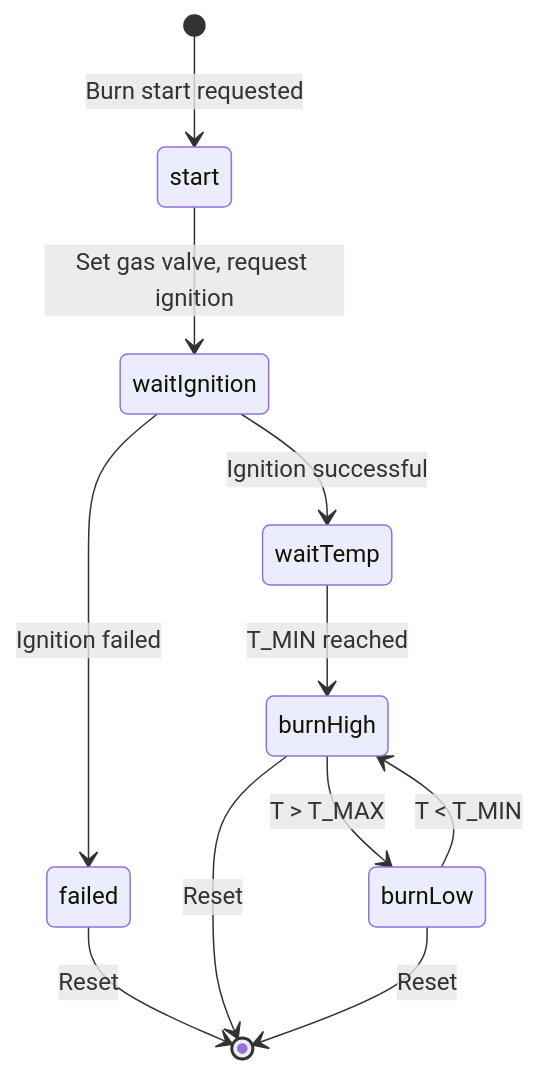
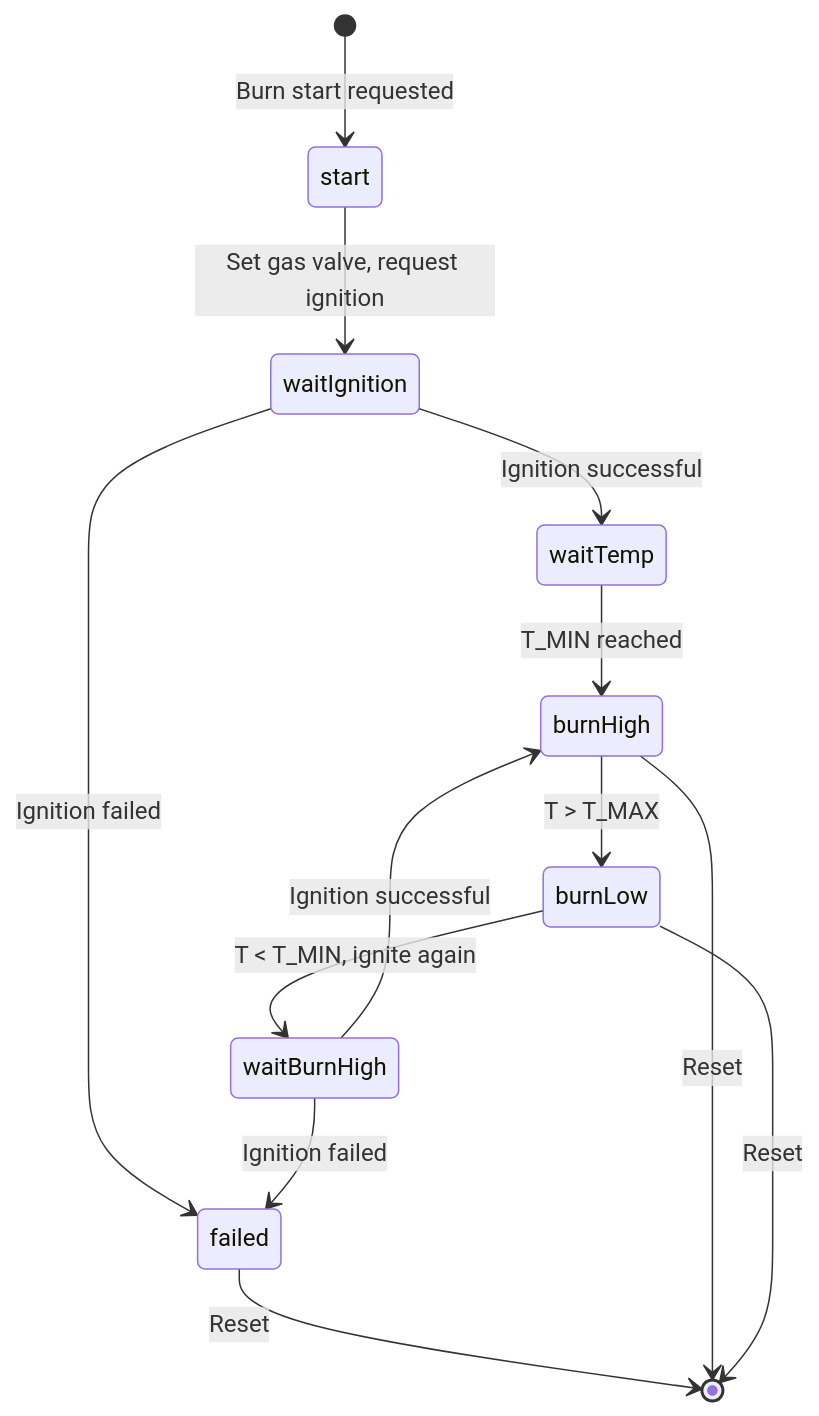
The diagram in docs/burn_chamber.md (cadus/incinerator), drawn with Mermaid before and after one commit. The commit also changed 2 other files, not shown here.

Commit message:
Add waitBurnHigh state to check re-ignition at lower end of temperature range

````diff
--- a/docs/burn_chamber.md
+++ b/docs/burn_chamber.md
@@ -11,13 +11,15 @@
 ``` mermaid
 stateDiagram-v2
   [*] --> start: Burn start requested
   start --> waitIgnition: Set gas valve, request ignition
   waitIgnition --> failed: Ignition failed
   failed --> [*]: Reset
   waitIgnition --> waitTemp: Ignition successful
   waitTemp --> burnHigh: T_MIN reached
   burnHigh --> burnLow: T > T_MAX
-  burnLow --> burnHigh: T < T_MIN
+  burnLow --> waitBurnHigh: T < T_MIN, ignite again
+  waitBurnHigh --> burnHigh: Ignition successful
+  waitBurnHigh --> failed: Ignition failed
   burnHigh --> [*]: Reset
   burnLow --> [*]: Reset
 ```
````
